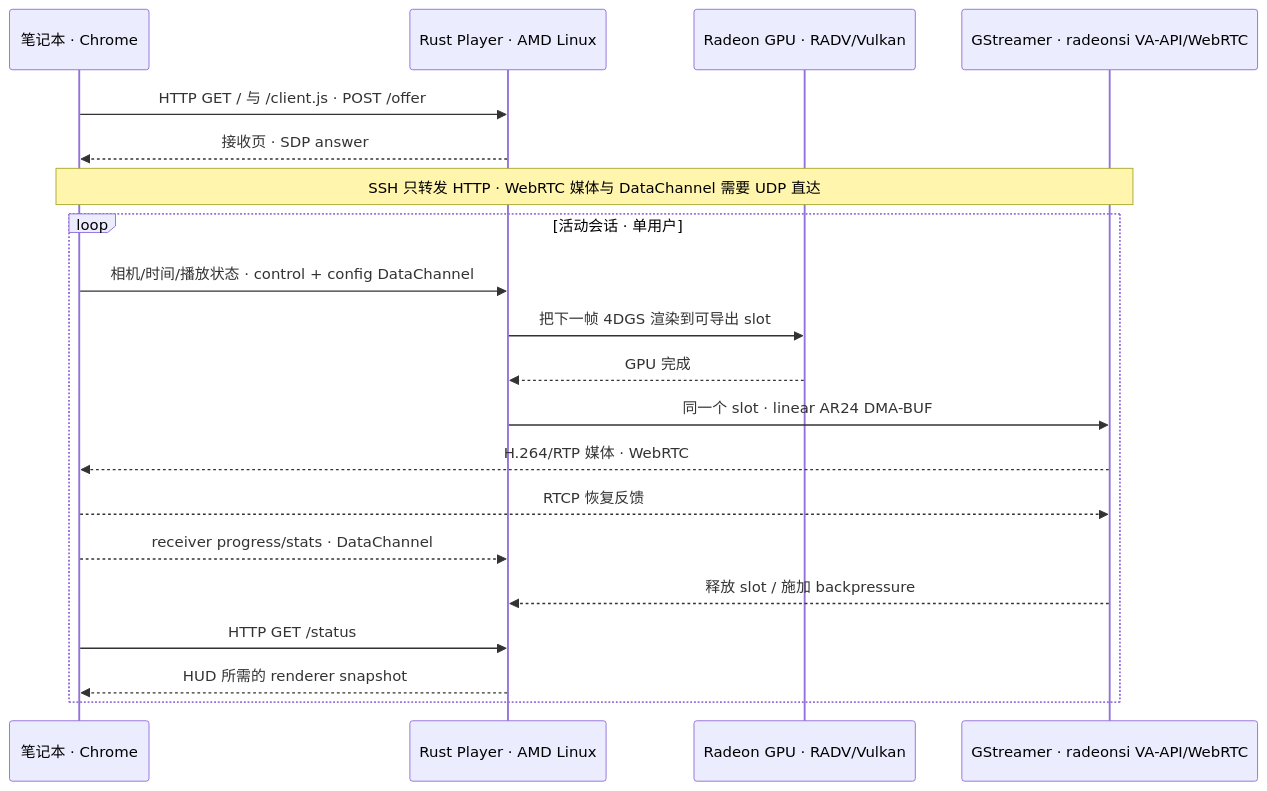
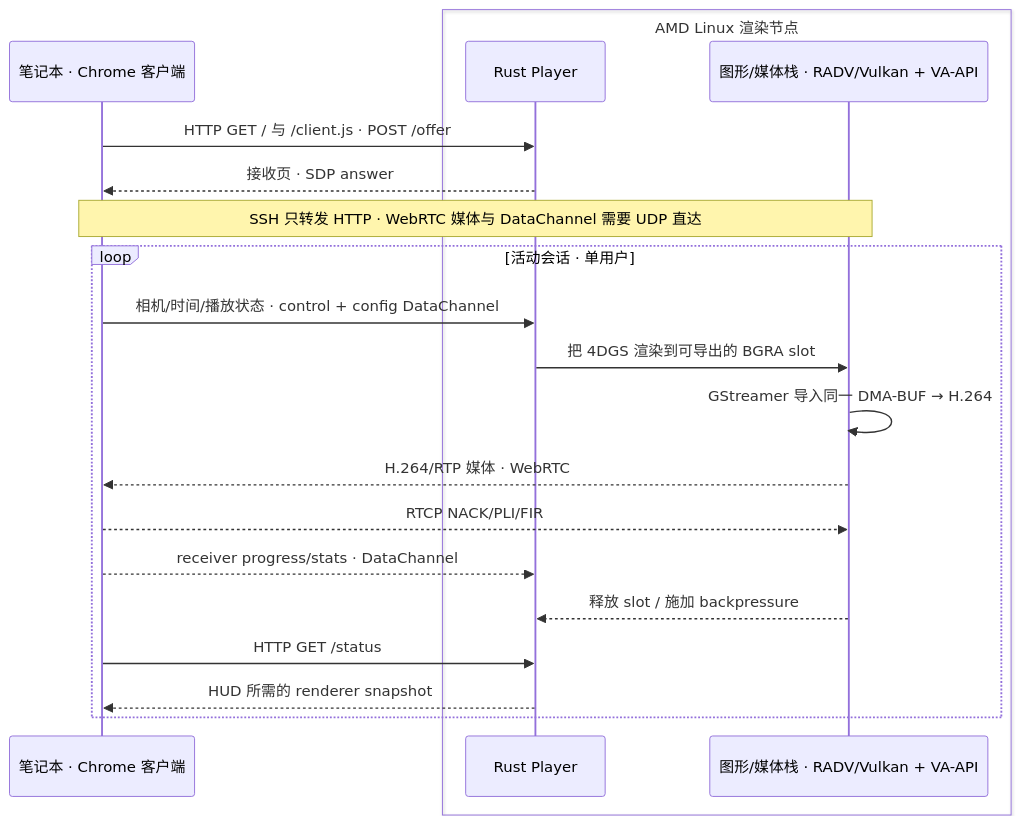
One commit to phi-media-lab/4dgs-viewer-Phi changed the second of 2 diagrams in README.zh-CN.md. Above: the diagram before and after it, drawn with Mermaid. The commit also changed 1 other file, not shown here.

Commit message:
Clarify the server-client service lanes

````diff
--- a/README.zh-CN.md
+++ b/README.zh-CN.md
@@ -56,24 +56,24 @@
 ```mermaid
 sequenceDiagram
-    participant C as 笔记本 · Chrome
-    participant P as Rust Player · AMD Linux
-    participant G as Radeon GPU · RADV/Vulkan
-    participant M as GStreamer · radeonsi VA-API/WebRTC
+    participant C as 笔记本 · Chrome 客户端
+    box AMD Linux 渲染节点
+        participant P as Rust Player
+        participant A as 图形/媒体栈 · RADV/Vulkan + VA-API
+    end
 
     C->>P: HTTP GET / 与 /client.js · POST /offer
     P-->>C: 接收页 · SDP answer
-    Note over C,M: SSH 只转发 HTTP · WebRTC 媒体与 DataChannel 需要 UDP 直达
+    Note over C,A: SSH 只转发 HTTP · WebRTC 媒体与 DataChannel 需要 UDP 直达
 
     loop 活动会话 · 单用户
         C->>P: 相机/时间/播放状态 · control + config DataChannel
-        P->>G: 把下一帧 4DGS 渲染到可导出 slot
-        G-->>P: GPU 完成
-        P->>M: 同一个 slot · linear AR24 DMA-BUF
-        M-->>C: H.264/RTP 媒体 · WebRTC
-        C-->>M: RTCP 恢复反馈
+        P->>A: 把 4DGS 渲染到可导出的 BGRA slot
+        A->>A: GStreamer 导入同一 DMA-BUF → H.264
+        A-->>C: H.264/RTP 媒体 · WebRTC
+        C-->>A: RTCP NACK/PLI/FIR
         C-->>P: receiver progress/stats · DataChannel
-        M-->>P: 释放 slot / 施加 backpressure
+        A-->>P: 释放 slot / 施加 backpressure
         C->>P: HTTP GET /status
         P-->>C: HUD 所需的 renderer snapshot
     end
 ```
````
